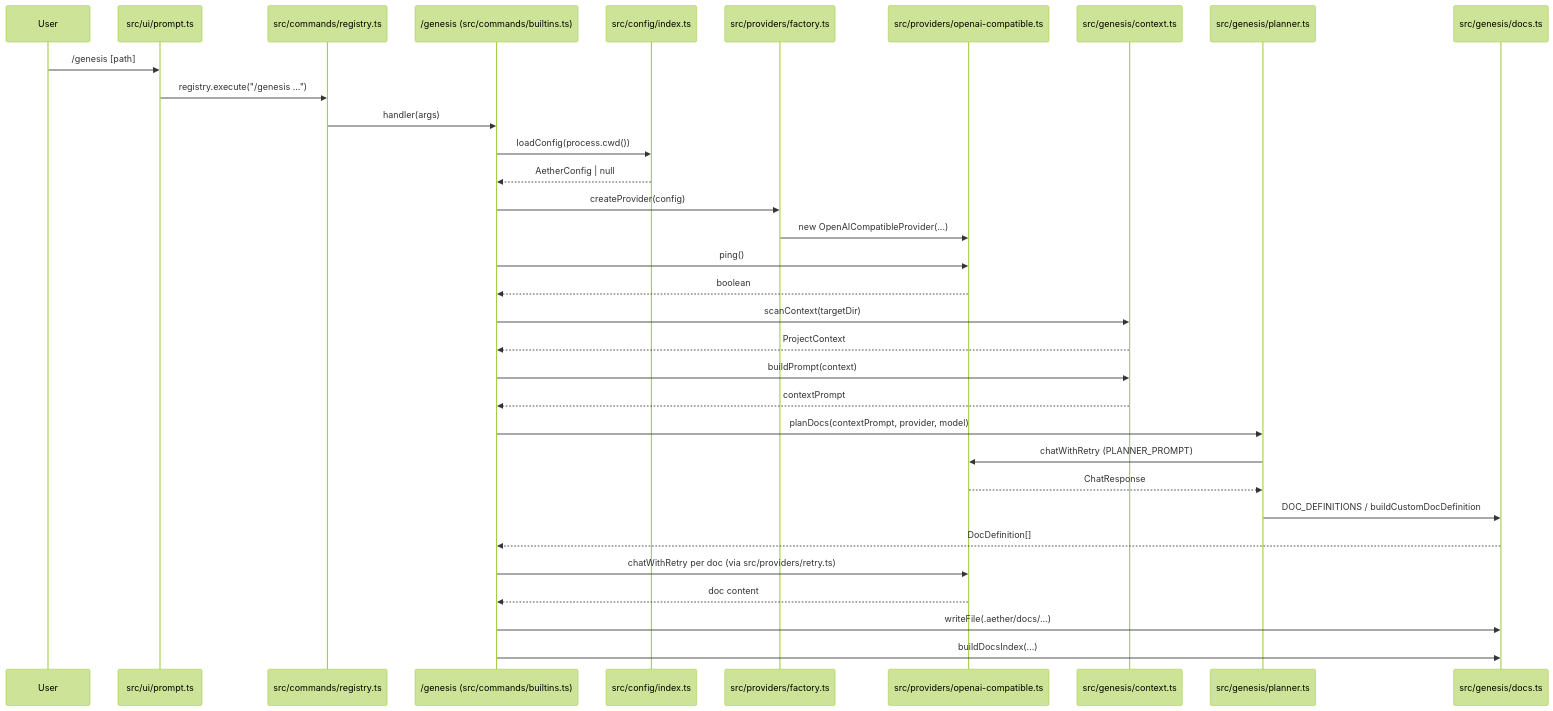
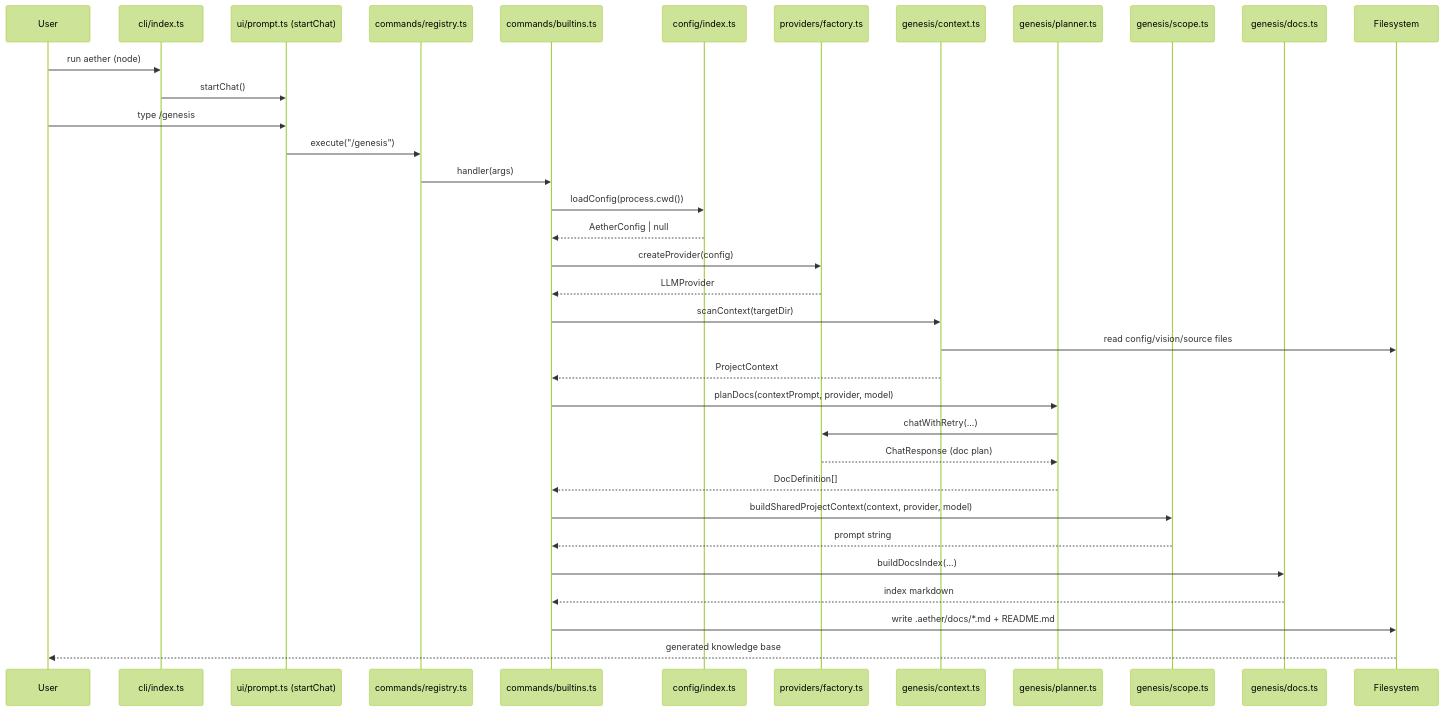
The third of 3 diagrams in .aether/docs/diagrams/system.md (Aether-One/aether), drawn with Mermaid (forest theme) before and after one commit. The commit also changed other lines of this file and 26 other files, not shown here.

````diff
--- a/.aether/docs/diagrams/system.md
+++ b/.aether/docs/diagrams/system.md
@@ -48,36 +108,38 @@
 ```mermaid
 sequenceDiagram
-  participant U as User
-  participant P as src/ui/prompt.ts
-  participant R as src/commands/registry.ts
-  participant B as /genesis (src/commands/builtins.ts)
-  participant C as src/config/index.ts
-  participant F as src/providers/factory.ts
-  participant O as src/providers/openai-compatible.ts
-  participant G as src/genesis/context.ts
-  participant PL as src/genesis/planner.ts
-  participant D as src/genesis/docs.ts
+    participant User
+    participant CLI as cli/index.ts
+    participant Chat as ui/prompt.ts (startChat)
+    participant Reg as commands/registry.ts
+    participant Built as commands/builtins.ts
+    participant Cfg as config/index.ts
+    participant Prov as providers/factory.ts
+    participant Ctx as genesis/context.ts
+    participant Plan as genesis/planner.ts
+    participant Scope as genesis/scope.ts
+    participant Docs as genesis/docs.ts
+    participant FS as Filesystem
 
-  U->>P: /genesis [path]
-  P->>R: registry.execute("/genesis ...")
-  R->>B: handler(args)
-  B->>C: loadConfig(process.cwd())
-  C-->>B: AetherConfig | null
-  B->>F: createProvider(config)
-  F->>O: new OpenAICompatibleProvider(...)
-  B->>O: ping()
-  O-->>B: boolean
-  B->>G: scanContext(targetDir)
-  G-->>B: ProjectContext
-  B->>G: buildPrompt(context)
-  G-->>B: contextPrompt
-  B->>PL: planDocs(contextPrompt, provider, model)
-  PL->>O: chatWithRetry (PLANNER_PROMPT)
-  O-->>PL: ChatResponse
-  PL->>D: DOC_DEFINITIONS / buildCustomDocDefinition
-  D-->>B: DocDefinition[]
-  B->>O: chatWithRetry per doc (via src/providers/retry.ts)
-  O-->>B: doc content
-  B->>D: writeFile(.aether/docs/...)
-  B->>D: buildDocsIndex(...)
+    User->>CLI: run aether (node)
+    CLI->>Chat: startChat()
+    User->>Chat: type /genesis
+    Chat->>Reg: execute("/genesis")
+    Reg->>Built: handler(args)
+    Built->>Cfg: loadConfig(process.cwd())
+    Cfg-->>Built: AetherConfig | null
+    Built->>Prov: createProvider(config)
+    Prov-->>Built: LLMProvider
+    Built->>Ctx: scanContext(targetDir)
+    Ctx->>FS: read config/vision/source files
+    Ctx-->>Built: ProjectContext
+    Built->>Plan: planDocs(contextPrompt, provider, model)
+    Plan->>Prov: chatWithRetry(...)
+    Prov-->>Plan: ChatResponse (doc plan)
+    Plan-->>Built: DocDefinition[]
+    Built->>Scope: buildSharedProjectContext(context, provider, model)
+    Scope-->>Built: prompt string
+    Built->>Docs: buildDocsIndex(...)
+    Docs-->>Built: index markdown
+    Built->>FS: write .aether/docs/*.md + README.md
+    FS-->>User: generated knowledge base
 ```
````
